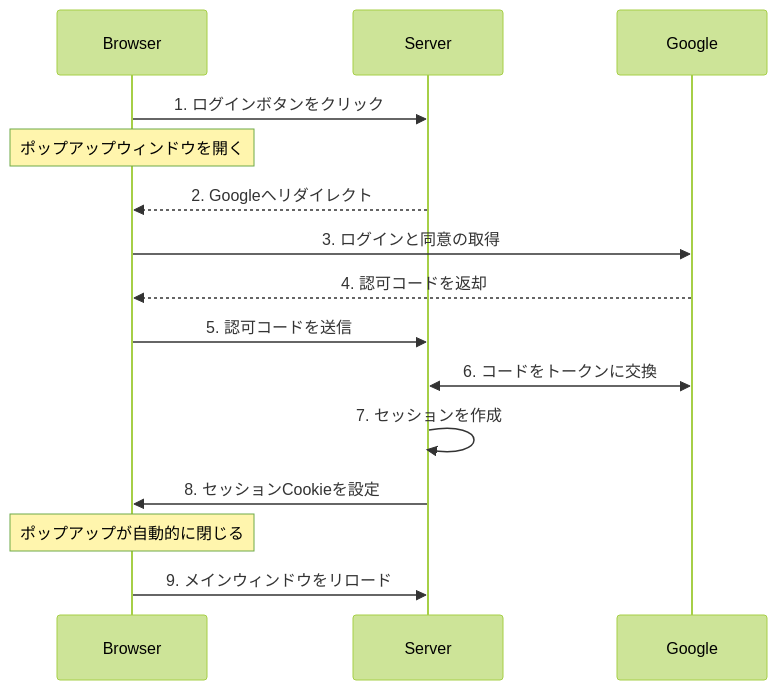
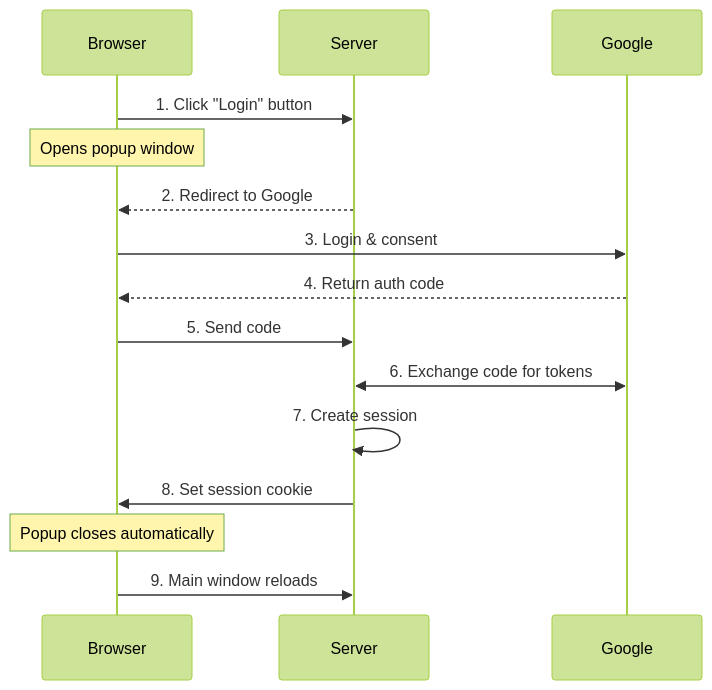
One commit to ktaka-ccmp/ktaka.blog.ccmp.jp changed the first of 4 diagrams in 2024/Axum-Google-OAuth2-Login/Readme.jp.md. Above: the diagram before and after it, drawn with Mermaid (forest theme). The commit also changed other lines of this file, not shown here.

````diff
--- a/2024/Axum-Google-OAuth2-Login/Readme.jp.md
+++ b/2024/Axum-Google-OAuth2-Login/Readme.jp.md
@@ -49,18 +47,18 @@
 ```mermaid
 sequenceDiagram
     participant Browser
     participant Server
     participant Google
 
-    Browser->>Server: 1. ログインボタンをクリック
-    Note over Browser: ポップアップウィンドウを開く
-    Server-->>Browser: 2. Googleへリダイレクト
-    Browser->>Google: 3. ログインと同意の取得
-    Google-->>Browser: 4. 認可コードを返却
-    Browser->>Server: 5. 認可コードを送信
-    Server<<->>Google: 6. コードをトークンに交換
-    Server->>Server: 7. セッションを作成
-    Server->>Browser: 8. セッションCookieを設定
-    Note over Browser: ポップアップが自動的に閉じる
-    Browser->>Server: 9. メインウィンドウをリロード
+    Browser->>Server: 1. Click "Login" button
+    Note over Browser: Opens popup window
+    Server-->>Browser: 2. Redirect to Google
+    Browser->>Google: 3. Login & consent
+    Google-->>Browser: 4. Return auth code
+    Browser->>Server: 5. Send code
+    Server<<->>Google: 6. Exchange code for tokens
+    Server->>Server: 7. Create session
+    Server->>Browser: 8. Set session cookie
+    Note over Browser: Popup closes automatically
+    Browser->>Server: 9. Main window reloads
 ```
````
